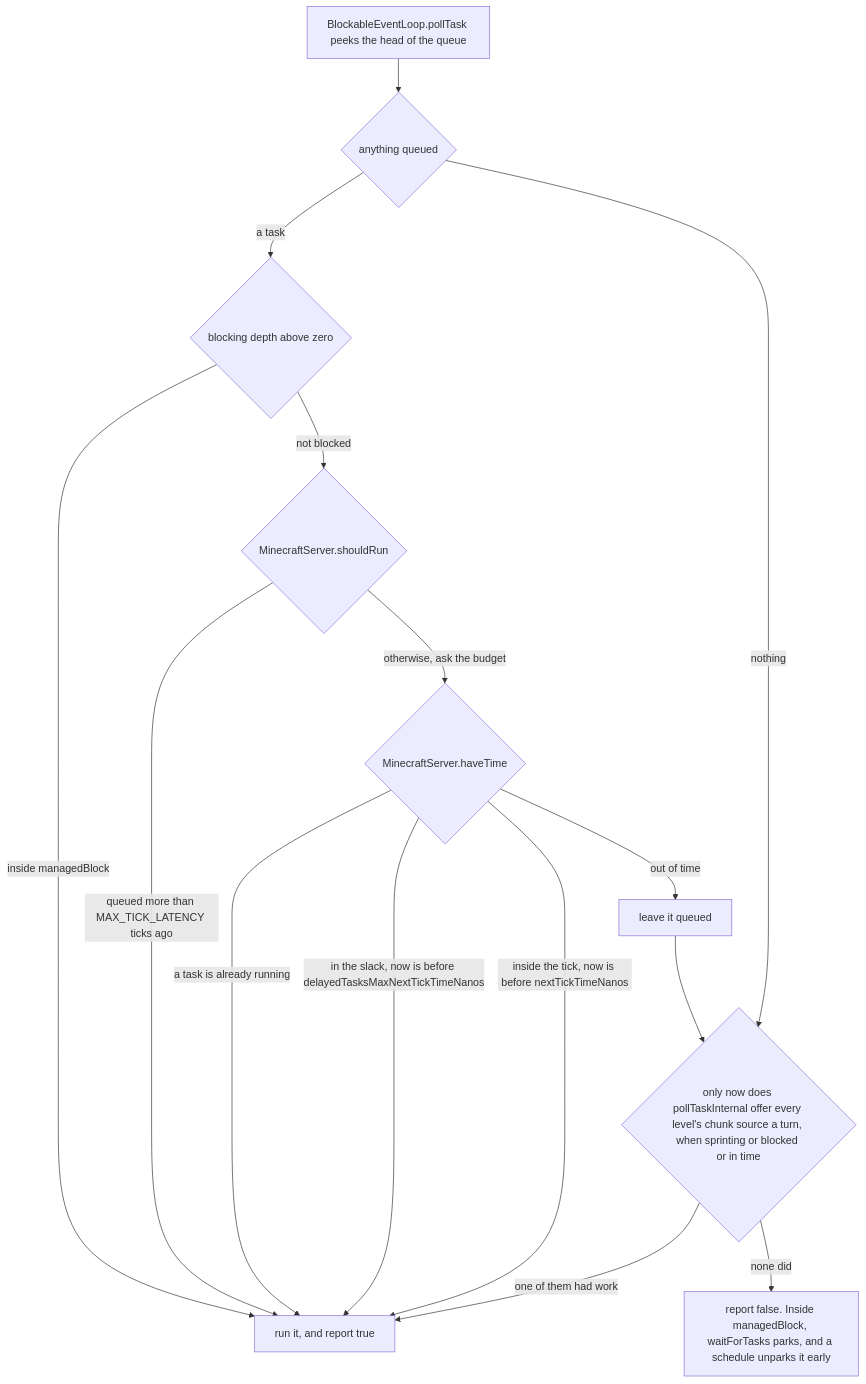
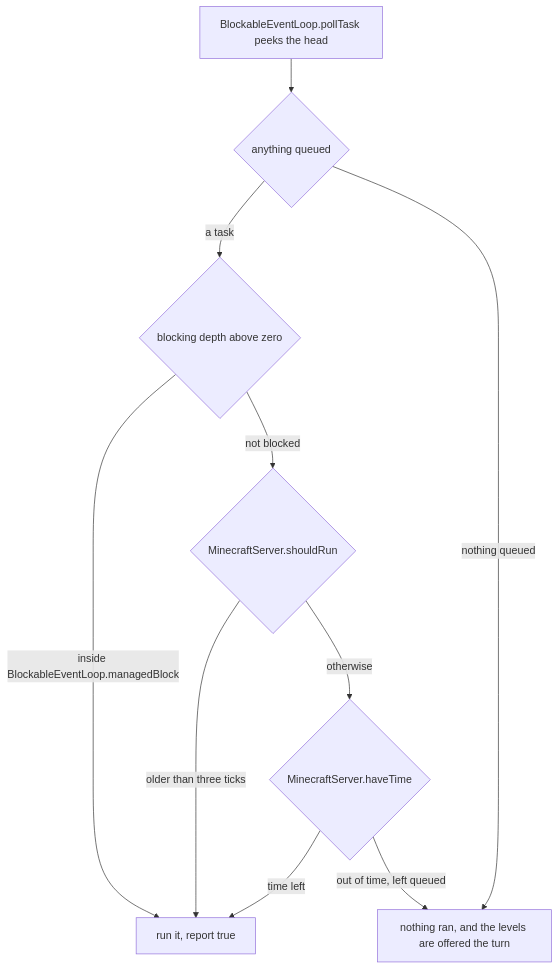
The second of 3 diagrams in src/systems/server/server-tick.md (AlexanderjFraser/MinecraftDocs), drawn with Mermaid before and after one commit. The commit also changed other lines of this file and 12 other files, not shown here.

````diff
--- a/src/systems/server/server-tick.md
+++ b/src/systems/server/server-tick.md
@@ -316,17 +327,12 @@
 ```mermaid
 flowchart TD
-    P["BlockableEventLoop.pollTask peeks the head of the queue"] --> E{"anything queued"}
+    P["BlockableEventLoop.pollTask peeks the head"] --> E{"anything queued"}
     E -- "a task" --> B{"blocking depth above zero"}
-    B -- "inside managedBlock" --> RUN["run it, and report true"]
+    B -- "inside BlockableEventLoop.managedBlock" --> RUN["run it, report true"]
     B -- "not blocked" --> S{"MinecraftServer.shouldRun"}
-    S -- "queued more than MAX_TICK_LATENCY ticks ago" --> RUN
-    S -- "otherwise, ask the budget" --> H{"MinecraftServer.haveTime"}
-    H -- "a task is already running" --> RUN
-    H -- "in the slack, now is before delayedTasksMaxNextTickTimeNanos" --> RUN
-    H -- "inside the tick, now is before nextTickTimeNanos" --> RUN
-    H -- "out of time" --> L["leave it queued"]
-    E -- "nothing" --> C{"only now does pollTaskInternal offer every level's chunk source a turn, when sprinting or blocked or in time"}
-    L --> C
-    C -- "one of them had work" --> RUN
-    C -- "none did" --> W["report false. Inside managedBlock, waitForTasks parks, and a schedule unparks it early"]
+    S -- "older than three ticks" --> RUN
+    S -- "otherwise" --> H{"MinecraftServer.haveTime"}
+    H -- "time left" --> RUN
+    H -- "out of time, left queued" --> OFF["nothing ran, and the levels are offered the turn"]
+    E -- "nothing queued" --> OFF
 ```
````
